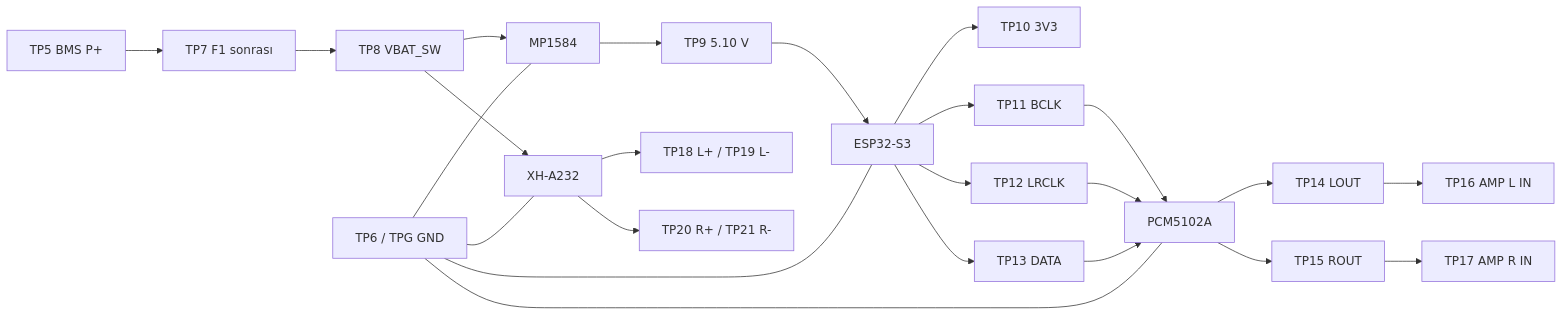
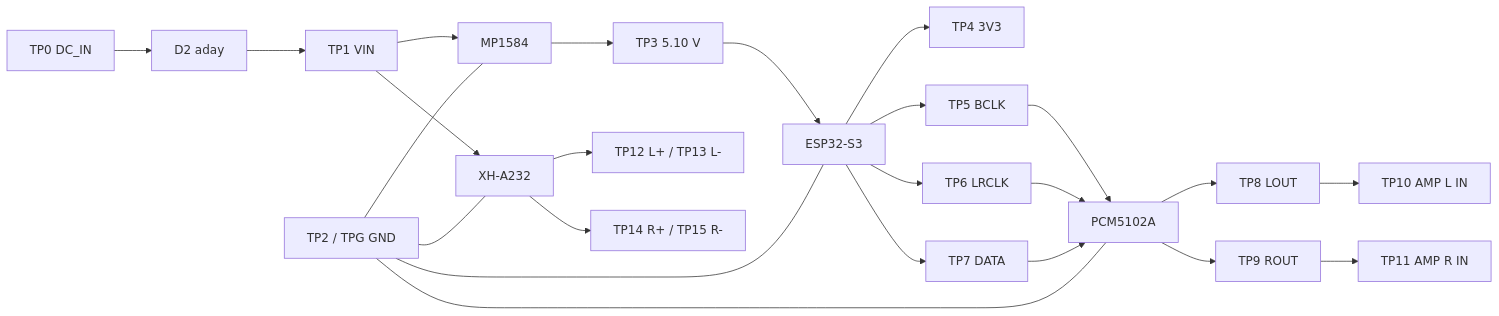
Before and after one commit to ktahatastan/esp32-airplay-speakers: the sixth of 7 diagrams in docs/02-hardware/circuit-and-wiring-plan.md, drawn with Mermaid. The commit also changed other lines of this file and 226 other files, not shown here.

````diff
--- a/docs/02-hardware/circuit-and-wiring-plan.md
+++ b/docs/02-hardware/circuit-and-wiring-plan.md
@@ -406,24 +327,24 @@
 ```mermaid
 flowchart LR
-    P5[TP5 BMS P+] --> P7[TP7 F1 sonrası] --> P8[TP8 VBAT_SW]
-    P8 --> AMP3[XH-A232]
-    P8 --> BUCK3[MP1584]
-    BUCK3 --> P9[TP9 5.10 V] --> ESP3[ESP32-S3]
-    ESP3 --> P10[TP10 3V3]
-    ESP3 --> P11[TP11 BCLK]
-    ESP3 --> P12[TP12 LRCLK]
-    ESP3 --> P13[TP13 DATA]
-    P11 --> DAC3[PCM5102A]
-    P12 --> DAC3
-    P13 --> DAC3
-    DAC3 --> P14[TP14 LOUT]
-    DAC3 --> P15[TP15 ROUT]
-    P14 --> P16[TP16 AMP L IN]
-    P15 --> P17[TP17 AMP R IN]
-    AMP3 --> PL[TP18 L+ / TP19 L-]
-    AMP3 --> PR[TP20 R+ / TP21 R-]
-    G[TP6 / TPG GND] --- BUCK3
+    P0[TP0 DC_IN] --> D2[D2 aday] --> P1[TP1 VIN]
+    P1 --> AMP3[XH-A232]
+    P1 --> BUCK3[MP1584]
+    BUCK3 --> P3[TP3 5.10 V] --> ESP3[ESP32-S3]
+    ESP3 --> P4[TP4 3V3]
+    ESP3 --> P5[TP5 BCLK]
+    ESP3 --> P6[TP6 LRCLK]
+    ESP3 --> P7[TP7 DATA]
+    P5 --> DAC3[PCM5102A]
+    P6 --> DAC3
+    P7 --> DAC3
+    DAC3 --> P8[TP8 LOUT]
+    DAC3 --> P9[TP9 ROUT]
+    P8 --> P10[TP10 AMP L IN]
+    P9 --> P11[TP11 AMP R IN]
+    AMP3 --> PL[TP12 L+ / TP13 L-]
+    AMP3 --> PR[TP14 R+ / TP15 R-]
+    G[TP2 / TPG GND] --- BUCK3
     G --- ESP3
     G --- DAC3
     G --- AMP3
 ```
````
